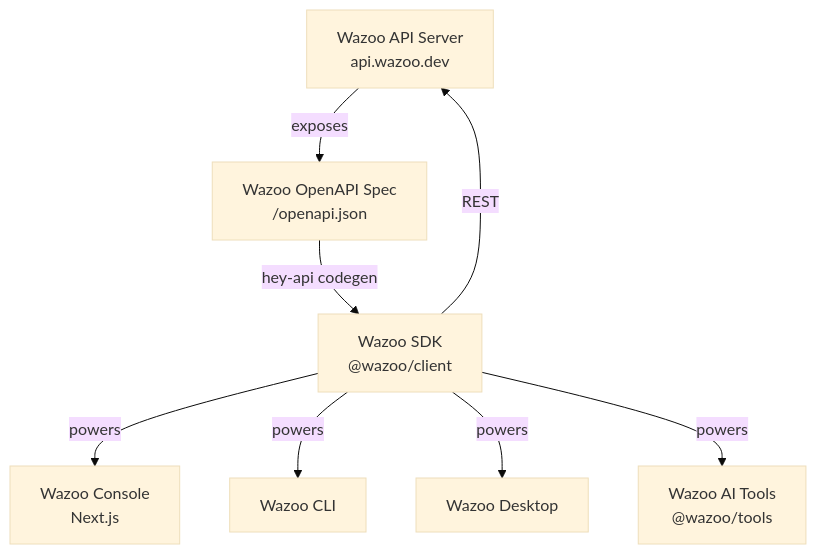
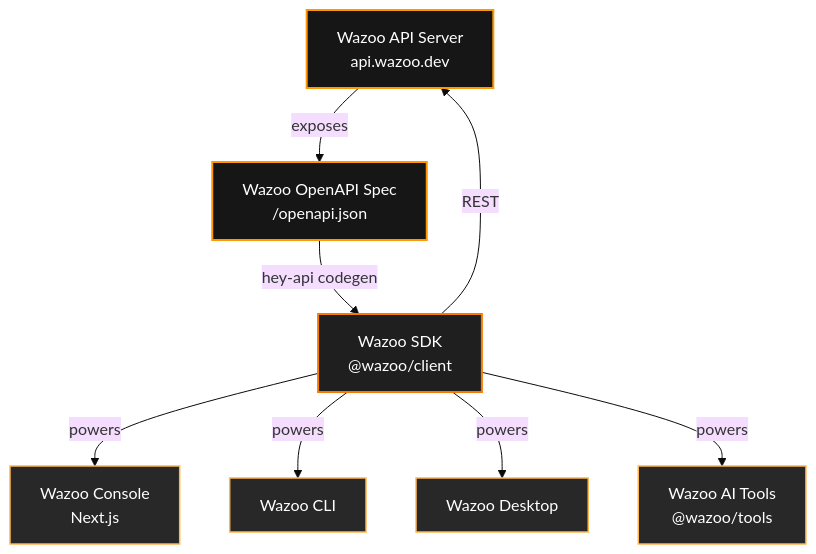
One commit to wazootech/docs.wazoo.dev changed the second of 6 diagrams in contribute/architecture.mdx. Above: the diagram before and after it, drawn with Mermaid (base theme). The commit also changed other lines of this file, not shown here.

Commit message:
docs: update all architecture diagrams to use accessible brand styling

````diff
--- a/contribute/architecture.mdx
+++ b/contribute/architecture.mdx
@@ -80,18 +89,27 @@
 ```mermaid
 flowchart TD
+    %% Class definitions for accessibility & brand colors
+    classDef api fill:#161617,stroke:#FF9800,stroke-width:2px,color:#ffffff;
+    classDef sdk fill:#1f1f20,stroke:#F57C00,stroke-width:2px,color:#ffffff;
+    classDef apps fill:#282829,stroke:#FFB74D,stroke-width:1.5px,color:#ffffff;
+
     APIServer[Wazoo API Server<br/>api.wazoo.dev]
     OpenAPI[Wazoo OpenAPI Spec<br/>/openapi.json]
     SDK[Wazoo SDK<br/>@wazoo/client]
     Console[Wazoo Console<br/>Next.js]
     CLI[Wazoo CLI]
     Desktop[Wazoo Desktop]
     Tools[Wazoo AI Tools<br/>@wazoo/tools]
 
     APIServer -->|exposes| OpenAPI
     OpenAPI -->|hey-api codegen| SDK
     SDK -->|powers| Console
     SDK -->|powers| CLI
     SDK -->|powers| Desktop
     SDK -->|powers| Tools
     SDK -->|REST| APIServer
+
+    class APIServer,OpenAPI api;
+    class SDK sdk;
+    class Console,CLI,Desktop,Tools apps;
 ```
````
